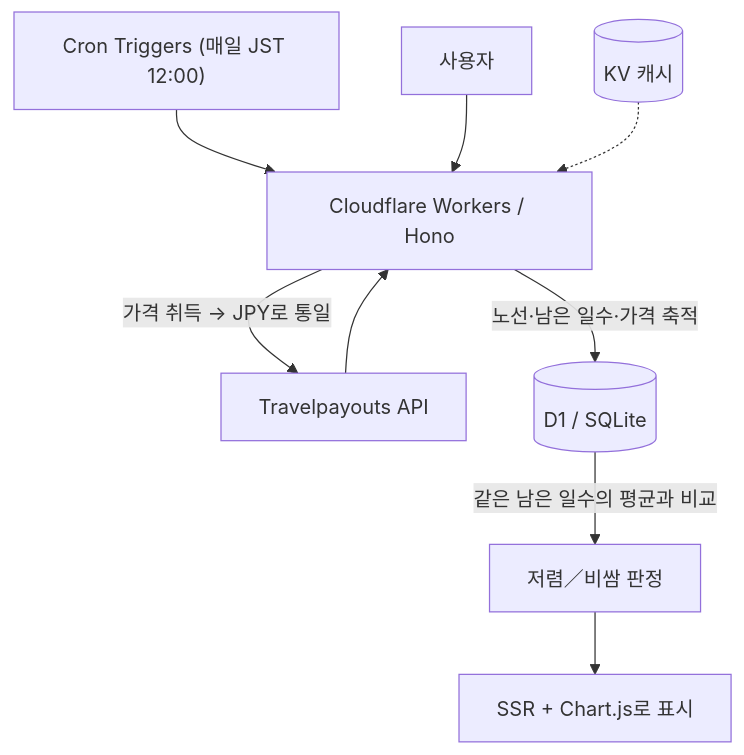
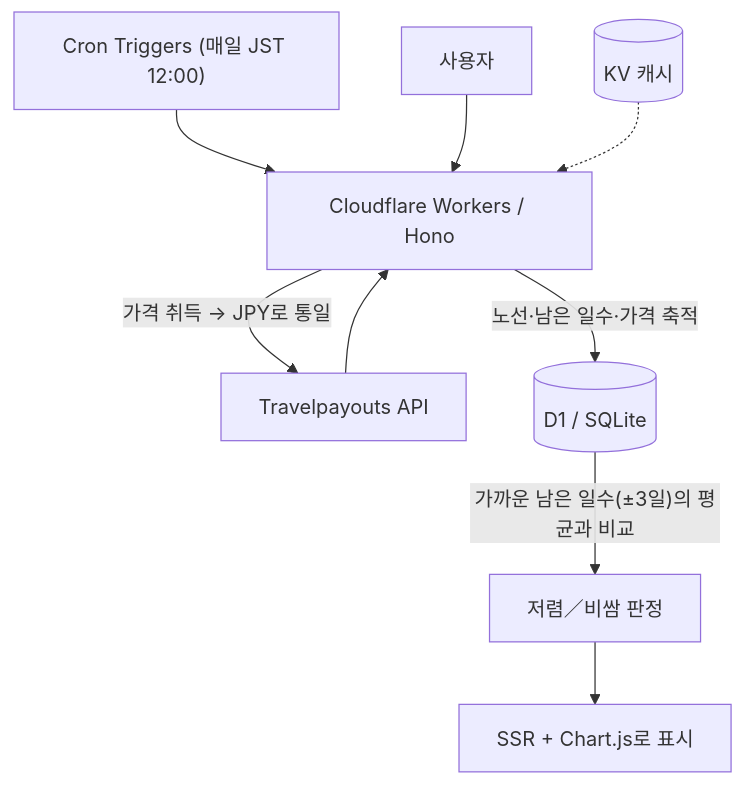
The diagram in docs/README_ko.md (Cobalt-Velvet/SwimFare), drawn with Mermaid before and after one commit. The commit also changed other lines of this file and 3 other files, not shown here.

````diff
--- a/docs/README_ko.md
+++ b/docs/README_ko.md
@@ -70,11 +70,11 @@
 ```mermaid
 flowchart TD
     Cron["Cron Triggers (매일 JST 12:00)"] --> Worker["Cloudflare Workers / Hono"]
     Worker -->|"가격 취득 → JPY로 통일"| TP["Travelpayouts API"]
     TP --> Worker
     Worker -->|"노선·남은 일수·가격 축적"| D1[("D1 / SQLite")]
     User["사용자"] --> Worker
-    D1 -->|"같은 남은 일수의 평균과 비교"| Judge["저렴／비쌈 판정"]
+    D1 -->|"가까운 남은 일수(±3일)의 평균과 비교"| Judge["저렴／비쌈 판정"]
     Judge --> View["SSR + Chart.js로 표시"]
     KV[("KV 캐시")] -.-> Worker
 ```
````
